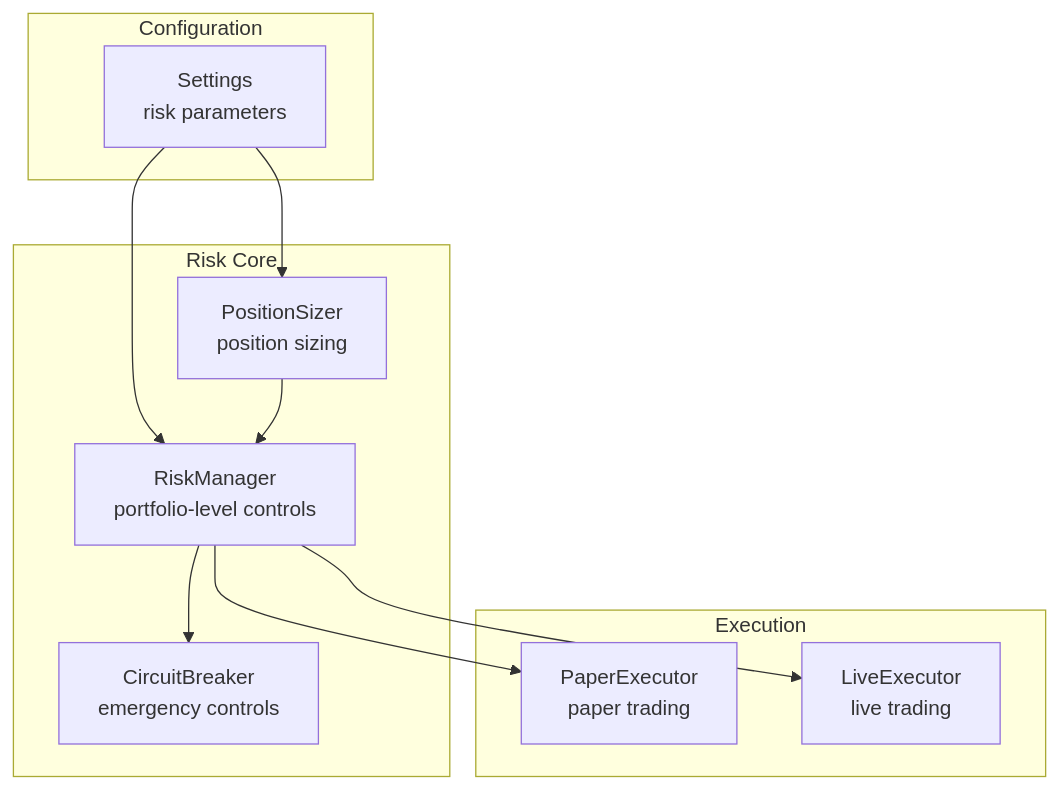
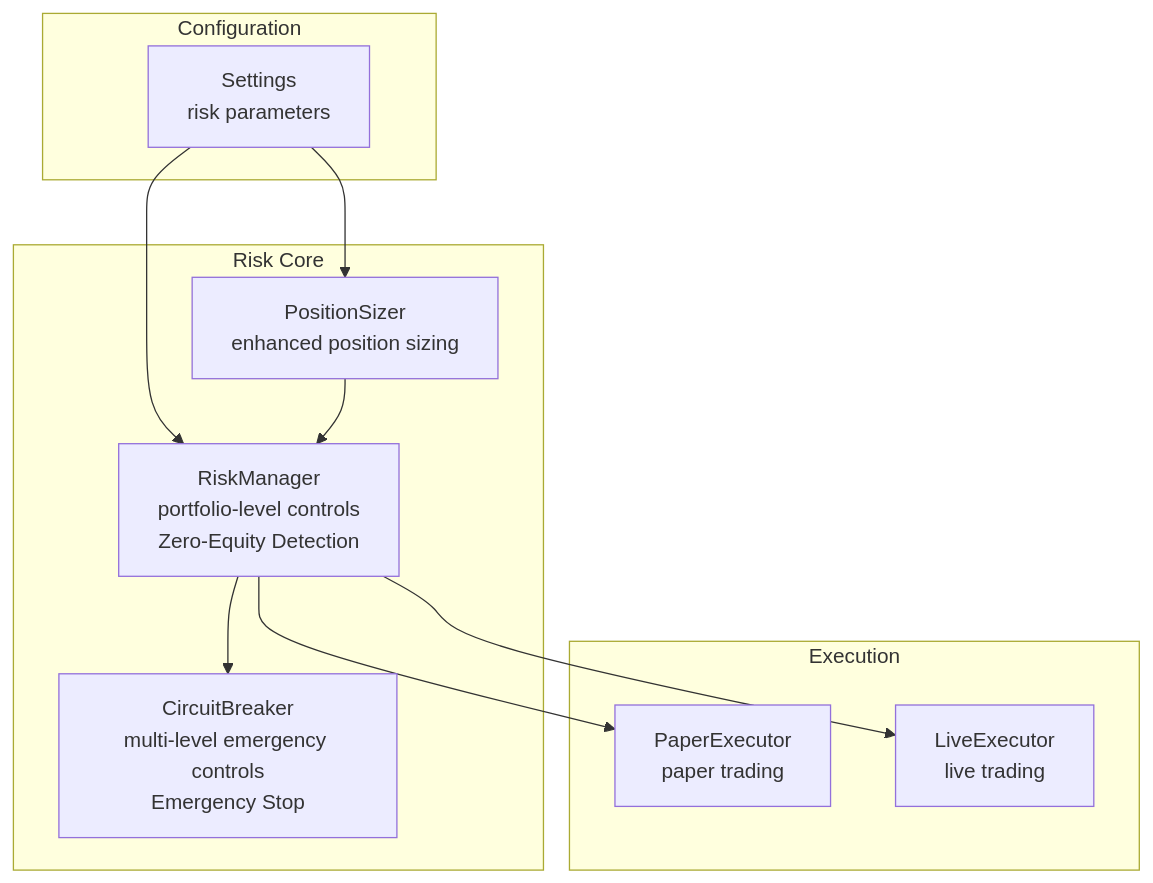
One commit to cavraeg-eng/Trading-App changed the first of 5 diagrams in .qoder/repowiki/en/content/Configuration Management/Risk Management Configuration.md. Above: the diagram before and after it, drawn with Mermaid. The commit also changed other lines of this file and 138 other files, not shown here.

First line of the commit message:
feat(LiveTrading): add MT5-style chart overlay for entry/SL/TP levels

````diff
--- a/.qoder/repowiki/en/content/Configuration Management/Risk Management Configuration.md
+++ b/.qoder/repowiki/en/content/Configuration Management/Risk Management Configuration.md
@@ -34,21 +44,21 @@
 ```mermaid
 graph TB
 subgraph "Configuration"
 CFG["Settings<br/>risk parameters"]
 end
 subgraph "Risk Core"
-RM["RiskManager<br/>portfolio-level controls"]
-PS["PositionSizer<br/>position sizing"]
-CB["CircuitBreaker<br/>emergency controls"]
+RM["RiskManager<br/>portfolio-level controls<br/>Zero-Equity Detection"]
+PS["PositionSizer<br/>enhanced position sizing"]
+CB["CircuitBreaker<br/>multi-level emergency controls<br/>Emergency Stop"]
 end
 subgraph "Execution"
 PE["PaperExecutor<br/>paper trading"]
 LE["LiveExecutor<br/>live trading"]
 end
 CFG --> RM
 CFG --> PS
 RM --> PE
 RM --> LE
 PS --> RM
 RM --> CB
 ```
````
